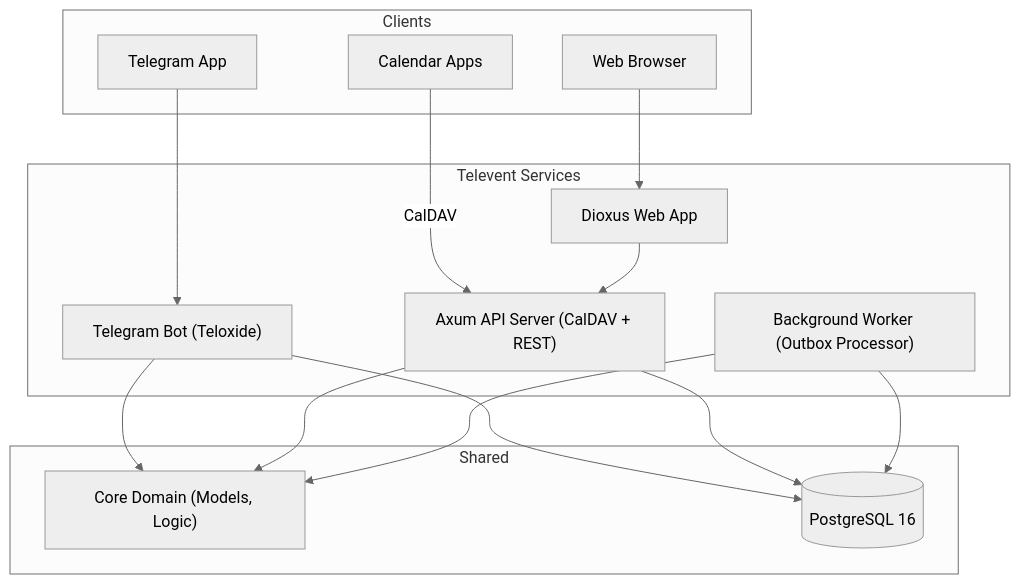
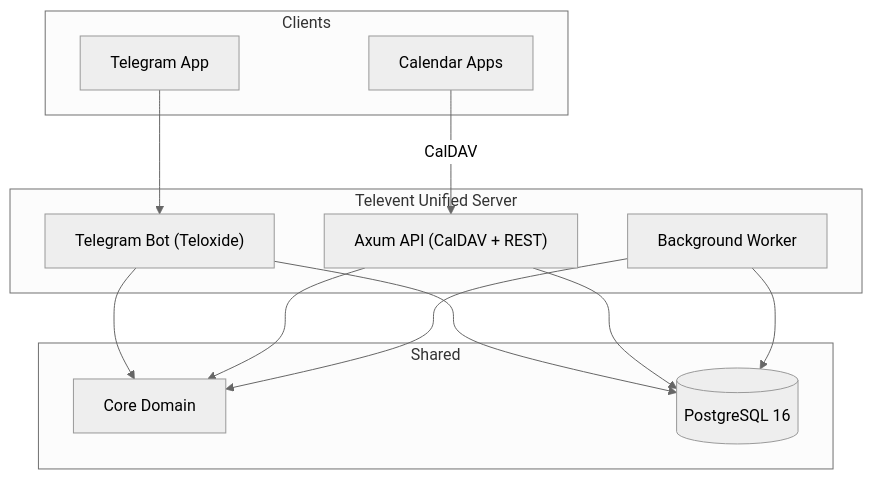
One commit to kirilledition/televent changed the diagram in README.md. Above: the diagram before and after it, drawn with Mermaid (neutral theme). The commit also changed other lines of this file and 2 other files, not shown here.

````diff
--- a/README.md
+++ b/README.md
@@ -11,33 +11,29 @@
 ```mermaid
 flowchart TB
     subgraph Clients
         TG["Telegram App"]
         CAL["Calendar Apps"]
-        WEB["Web Browser"]
     end
 
-    subgraph "Televent Services"
-        API["Axum API Server (CalDAV + REST)"]
+    subgraph "Televent Unified Server"
+        API["Axum API (CalDAV + REST)"]
         BOT["Telegram Bot (Teloxide)"]
-        WORKER["Background Worker (Outbox Processor)"]
-        WEBAPP["Dioxus Web App"]
+        WORKER["Background Worker"]
     end
 
     subgraph Shared
-        CORE["Core Domain (Models, Logic)"]
+        CORE["Core Domain"]
         DB[("PostgreSQL 16")]
     end
 
     TG --> BOT
     CAL -->|CalDAV| API
-    WEB --> WEBAPP
-    WEBAPP --> API
     
     BOT --> CORE
     API --> CORE
     WORKER --> CORE
     
     BOT --> DB
     API --> DB
     WORKER --> DB
 ```
````
